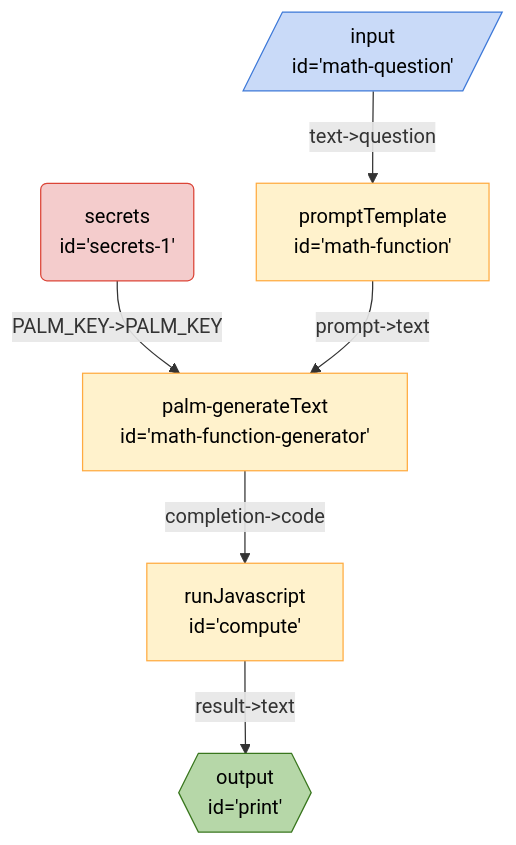
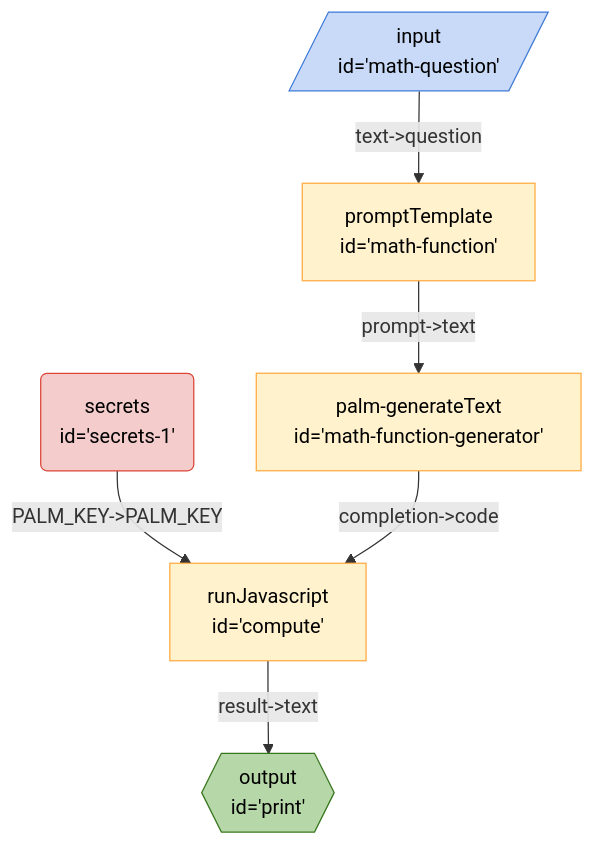
One commit to breadboard-ai/breadboard changed the diagram in seeds/graph-playground/docs/graphs/math.md. Above: the diagram before and after it, drawn with Mermaid. The commit also changed 35 other files, not shown here.

Commit message:
Update graphs, fix oopsies in URL renames.

````diff
--- a/seeds/graph-playground/docs/graphs/math.md
+++ b/seeds/graph-playground/docs/graphs/math.md
@@ -5,17 +5,17 @@
   ```mermaid
   %%{init: 'themeVariables': { 'fontFamily': 'Fira Code, monospace' }}%%
 graph TD;
 compute["runJavascript <br> id='compute'"] -- "result->text" --> print{{"output <br> id='print'"}}:::output
+secrets1("secrets <br> id='secrets-1'"):::secrets -- "PALM_KEY->PALM_KEY" --> compute["runJavascript <br> id='compute'"]
 mathfunctiongenerator["palm-generateText <br> id='math-function-generator'"] -- "completion->code" --> compute["runJavascript <br> id='compute'"]
-secrets1("secrets <br> id='secrets-1'"):::secrets -- "PALM_KEY->PALM_KEY" --> mathfunctiongenerator["palm-generateText <br> id='math-function-generator'"]
 mathfunction["promptTemplate <br> id='math-function'"] -- "prompt->text" --> mathfunctiongenerator["palm-generateText <br> id='math-function-generator'"]
 mathquestion[/"input <br> id='math-question'"/]:::input -- "text->question" --> mathfunction["promptTemplate <br> id='math-function'"]
 classDef default stroke:#ffab40,fill:#fff2ccff,color:#000
 classDef input stroke:#3c78d8,fill:#c9daf8ff,color:#000
 classDef output stroke:#38761d,fill:#b6d7a8ff,color:#000
 classDef passthrough stroke:#a64d79,fill:#ead1dcff,color:#000
 classDef slot stroke:#a64d79,fill:#ead1dcff,color:#000
 classDef config stroke:#a64d79,fill:#ead1dcff,color:#000
 classDef secrets stroke:#db4437,fill:#f4cccc,color:#000
 classDef slotted stroke:#a64d79
   ```
````
